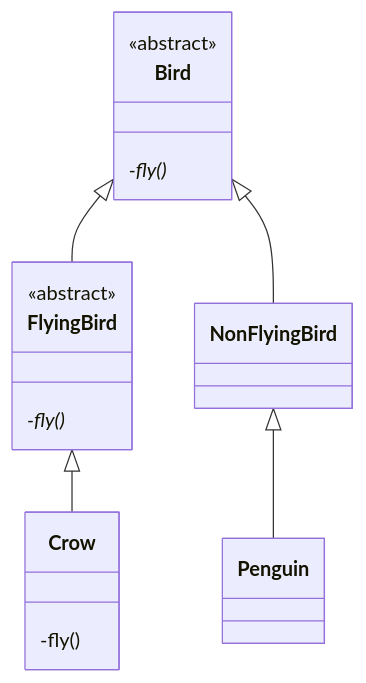
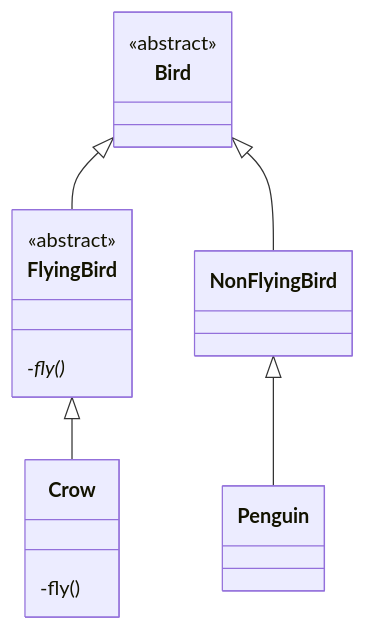
The fourth of 5 diagrams in System Design/Design a BIRD.md (Chitlangia-Vedant/Obsidian), drawn with Mermaid before and after one commit. The commit also changed other lines of this file, not shown here.

````diff
--- a/System Design/Design a BIRD.md
+++ b/System Design/Design a BIRD.md
@@ -87,18 +87,17 @@
 ```mermaid
 classDiagram 
 class Bird{
 			<<abstract>>
-            -fly()*
         }
 class FlyingBird{
 			<<abstract>>
             -fly()*
         }
 class Crow{
             -fly()
         }
 Bird <|-- FlyingBird
 Bird <|-- NonFlyingBird
 FlyingBird <|-- Crow 
 NonFlyingBird <|-- Penguin
 ```
````
